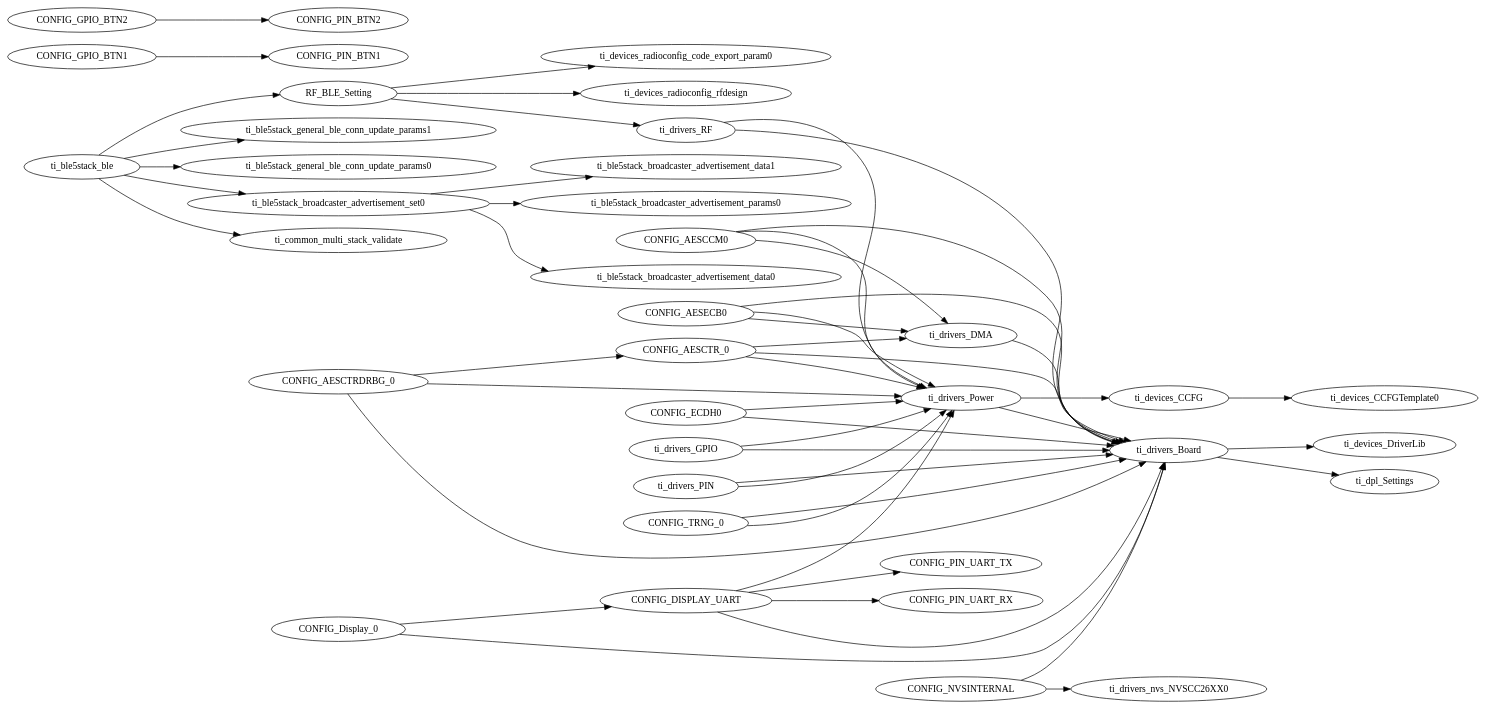
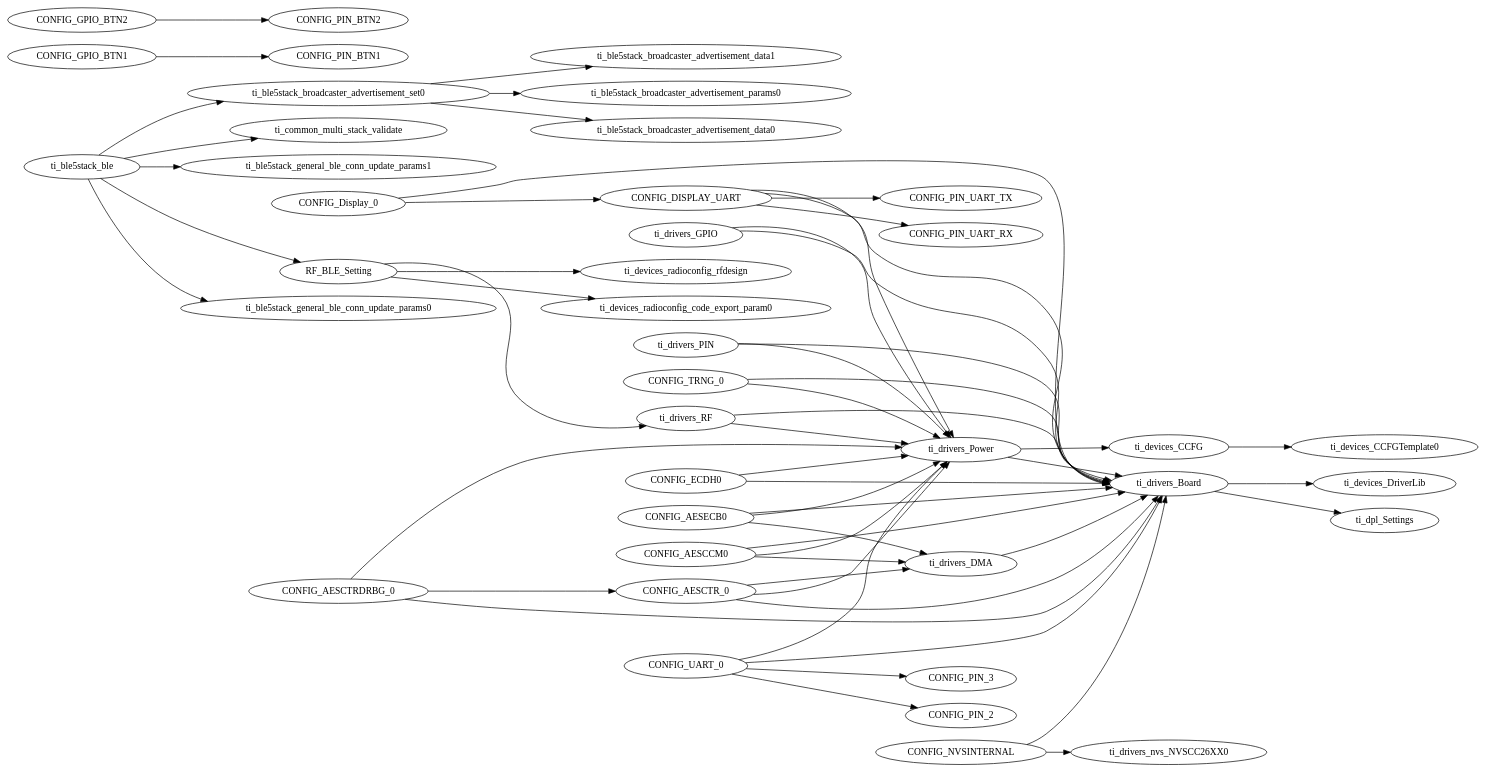
The diagram in src/IS006_OBDII_multi_role_CC13X2R1_LAUNCHXL_tirtos_ccs/Release/syscfg/ti_utils_runtime_model.gv (weliwang/IS006_OBDII), drawn with Graphviz before and after one commit. The commit also changed 15 other files, not shown here.

```diff
--- a/src/IS006_OBDII_multi_role_CC13X2R1_LAUNCHXL_tirtos_ccs/Release/syscfg/ti_utils_runtime_model.gv
+++ b/src/IS006_OBDII_multi_role_CC13X2R1_LAUNCHXL_tirtos_ccs/Release/syscfg/ti_utils_runtime_model.gv
@@ -1,113 +1,117 @@
 digraph Model
 {
     graph[rankdir=LR]
 
     // mod.$name=/ti/ble5stack/ble
     ti_ble5stack_ble -> ti_common_multi_stack_validate
     ti_ble5stack_ble -> RF_BLE_Setting
     ti_ble5stack_ble -> ti_ble5stack_general_ble_conn_update_params1
     ti_ble5stack_ble -> ti_ble5stack_general_ble_conn_update_params0
     ti_ble5stack_ble -> ti_ble5stack_broadcaster_advertisement_set0
 
     // mod.$name=/ti/ble5stack/broadcaster/advertisement_data
 
     // mod.$name=/ti/ble5stack/broadcaster/advertisement_params
 
     // mod.$name=/ti/ble5stack/broadcaster/advertisement_set
     ti_ble5stack_broadcaster_advertisement_set0 -> ti_ble5stack_broadcaster_advertisement_params0
     ti_ble5stack_broadcaster_advertisement_set0 -> ti_ble5stack_broadcaster_advertisement_data0
     ti_ble5stack_broadcaster_advertisement_set0 -> ti_ble5stack_broadcaster_advertisement_data1
 
     // mod.$name=/ti/ble5stack/general/ble_conn_update_params
 
     // mod.$name=/ti/common/multi_stack_validate
 
     // mod.$name=/ti/devices/CCFG
     ti_devices_CCFG -> ti_devices_CCFGTemplate0
 
     // mod.$name=/ti/devices/CCFGTemplate
 
     // mod.$name=/ti/devices/DriverLib
 
     // mod.$name=/ti/devices/radioconfig/code_export_param
 
     // mod.$name=/ti/devices/radioconfig/rfdesign
 
     // mod.$name=/ti/devices/radioconfig/settings/ble
     RF_BLE_Setting -> ti_drivers_RF
     RF_BLE_Setting -> ti_devices_radioconfig_rfdesign
     RF_BLE_Setting -> ti_devices_radioconfig_code_export_param0
 
     // mod.$name=/ti/display/Display
     CONFIG_Display_0 -> ti_drivers_Board
     CONFIG_Display_0 -> CONFIG_DISPLAY_UART
 
     // mod.$name=/ti/dpl/Settings
 
     // mod.$name=/ti/drivers/AESCCM
     CONFIG_AESCCM0 -> ti_drivers_DMA
     CONFIG_AESCCM0 -> ti_drivers_Power
     CONFIG_AESCCM0 -> ti_drivers_Board
 
     // mod.$name=/ti/drivers/AESCTR
     CONFIG_AESCTR_0 -> ti_drivers_DMA
     CONFIG_AESCTR_0 -> ti_drivers_Power
     CONFIG_AESCTR_0 -> ti_drivers_Board
 
     // mod.$name=/ti/drivers/AESCTRDRBG
     CONFIG_AESCTRDRBG_0 -> ti_drivers_Power
     CONFIG_AESCTRDRBG_0 -> ti_drivers_Board
     CONFIG_AESCTRDRBG_0 -> CONFIG_AESCTR_0
 
     // mod.$name=/ti/drivers/AESECB
     CONFIG_AESECB0 -> ti_drivers_DMA
     CONFIG_AESECB0 -> ti_drivers_Power
     CONFIG_AESECB0 -> ti_drivers_Board
 
     // mod.$name=/ti/drivers/Board
     ti_drivers_Board -> ti_devices_DriverLib
     ti_drivers_Board -> ti_dpl_Settings
 
     // mod.$name=/ti/drivers/DMA
     ti_drivers_DMA -> ti_drivers_Board
 
     // mod.$name=/ti/drivers/ECDH
     CONFIG_ECDH0 -> ti_drivers_Power
     CONFIG_ECDH0 -> ti_drivers_Board
 
     // mod.$name=/ti/drivers/GPIO
     ti_drivers_GPIO -> ti_drivers_Power
     ti_drivers_GPIO -> ti_drivers_Board
     CONFIG_GPIO_BTN1 -> CONFIG_PIN_BTN1
     CONFIG_GPIO_BTN2 -> CONFIG_PIN_BTN2
 
     // mod.$name=/ti/drivers/NVS
     CONFIG_NVSINTERNAL -> ti_drivers_Board
     CONFIG_NVSINTERNAL -> ti_drivers_nvs_NVSCC26XX0
 
     // mod.$name=/ti/drivers/PIN
     ti_drivers_PIN -> ti_drivers_Power
     ti_drivers_PIN -> ti_drivers_Board
 
     // mod.$name=/ti/drivers/Power
     ti_drivers_Power -> ti_devices_CCFG
     ti_drivers_Power -> ti_drivers_Board
 
     // mod.$name=/ti/drivers/RF
     ti_drivers_RF -> ti_drivers_Power
     ti_drivers_RF -> ti_drivers_Board
 
     // mod.$name=/ti/drivers/RTOS
 
     // mod.$name=/ti/drivers/TRNG
     CONFIG_TRNG_0 -> ti_drivers_Power
     CONFIG_TRNG_0 -> ti_drivers_Board
 
     // mod.$name=/ti/drivers/UART
     CONFIG_DISPLAY_UART -> ti_drivers_Power
     CONFIG_DISPLAY_UART -> ti_drivers_Board
+    CONFIG_UART_0 -> ti_drivers_Power
+    CONFIG_UART_0 -> ti_drivers_Board
     CONFIG_DISPLAY_UART -> CONFIG_PIN_UART_TX
     CONFIG_DISPLAY_UART -> CONFIG_PIN_UART_RX
+    CONFIG_UART_0 -> CONFIG_PIN_2
+    CONFIG_UART_0 -> CONFIG_PIN_3
 
     // mod.$name=/ti/drivers/nvs/NVSCC26XX
 }
```
